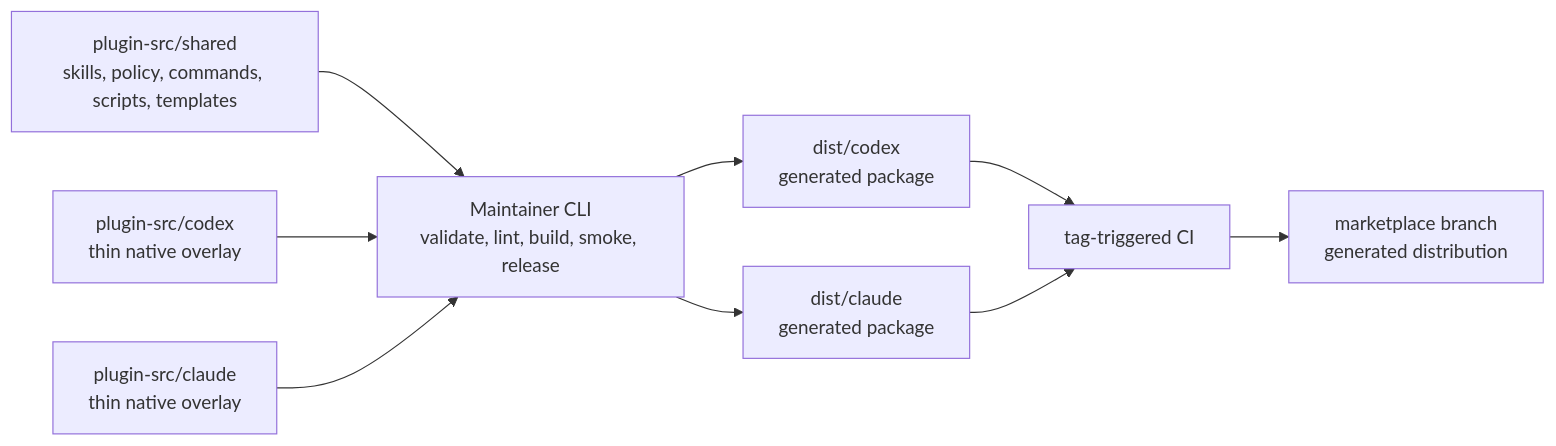
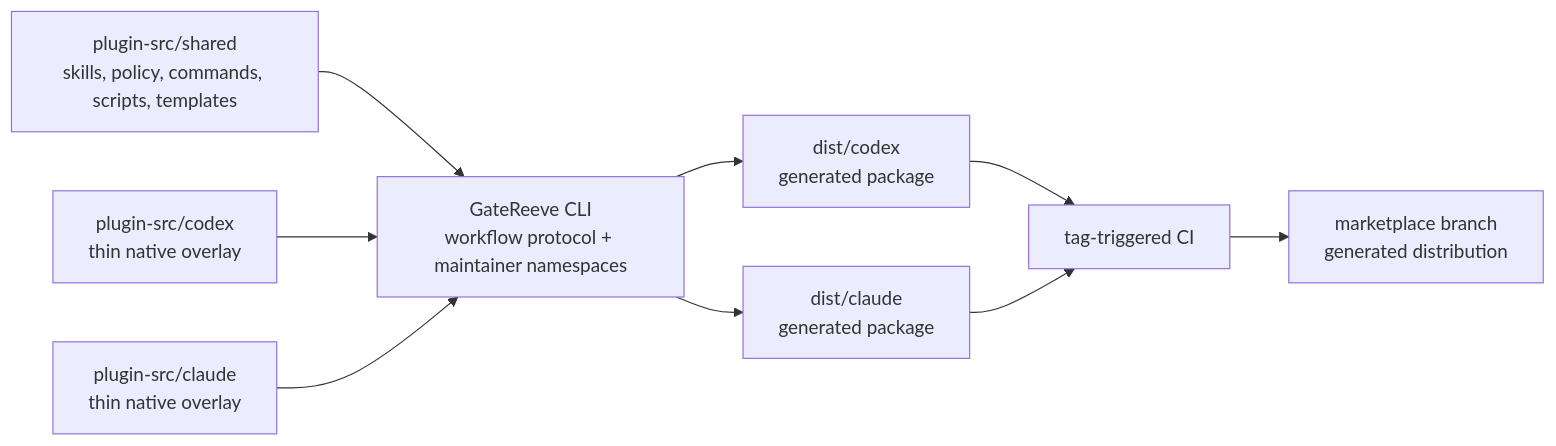
Before and after one commit to TrentBrown/gatereeve: the diagram in DEVELOPMENT.md, drawn with Mermaid. The commit also changed other lines of this file and 75 other files, not shown here.

Commit message:
feat: add governed workflow state protocol

````diff
--- a/DEVELOPMENT.md
+++ b/DEVELOPMENT.md
@@ -16,20 +17,20 @@
 ```mermaid
 flowchart LR
   Shared["plugin-src/shared<br>skills, policy, commands, scripts, templates"]
   Codex["plugin-src/codex<br>thin native overlay"]
   Claude["plugin-src/claude<br>thin native overlay"]
-  CLI["Maintainer CLI<br>validate, lint, build, smoke, release"]
+  CLI["GateReeve CLI<br>workflow protocol + maintainer namespaces"]
   CodexDist["dist/codex<br>generated package"]
   ClaudeDist["dist/claude<br>generated package"]
   Release["tag-triggered CI"]
   Marketplace["marketplace branch<br>generated distribution"]
 
   Shared --> CLI
   Codex --> CLI
   Claude --> CLI
   CLI --> CodexDist
   CLI --> ClaudeDist
   CodexDist --> Release
   ClaudeDist --> Release
   Release --> Marketplace
 ```
````
